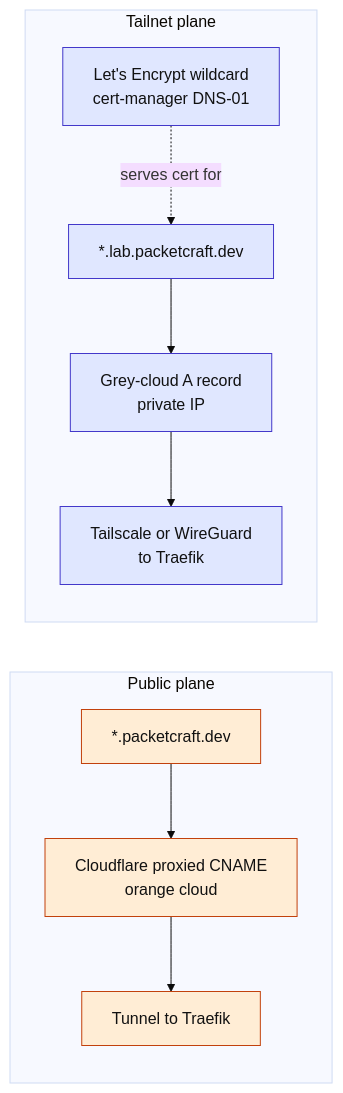
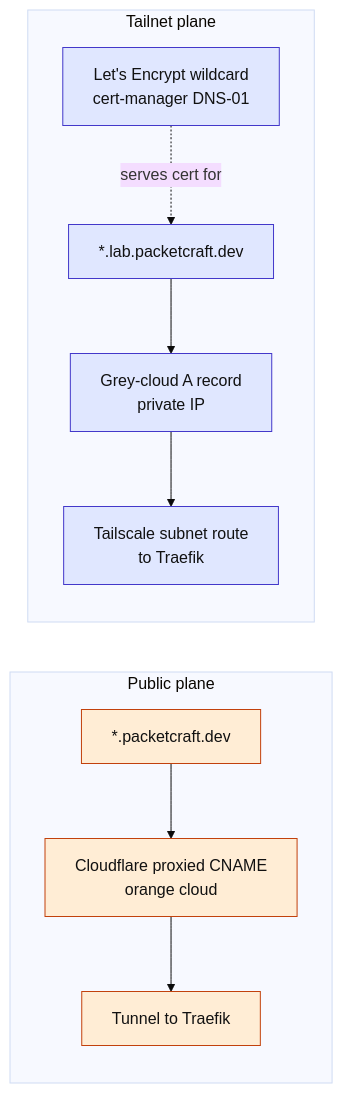
The fifth of 5 diagrams in docs/system-architecture/home-cluster.md (home-compute-cluster/docs), drawn with Mermaid (base theme) before and after one commit. The commit also changed other lines of this file and 5 other files, not shown here.

````diff
--- a/docs/system-architecture/home-cluster.md
+++ b/docs/system-architecture/home-cluster.md
@@ -267,23 +277,23 @@
 ```mermaid
 flowchart LR
     subgraph pub["Public plane"]
         p1["*.packetcraft.dev"]
         p2["Cloudflare proxied CNAME<br/>orange cloud"]
         p3["Tunnel to Traefik"]
         p1 --> p2 --> p3
     end
 
     subgraph priv["Tailnet plane"]
         t1["*.lab.packetcraft.dev"]
         t2["Grey-cloud A record<br/>private IP"]
-        t3["Tailscale or WireGuard<br/>to Traefik"]
+        t3["Tailscale subnet route<br/>to Traefik"]
         t4["Let's Encrypt wildcard<br/>cert-manager DNS-01"]
         t1 --> t2 --> t3
         t4 -.->|"serves cert for"| t1
     end
 
     classDef pubc fill:#ffedd5,stroke:#c2410c,color:#111
     classDef privc fill:#e0e7ff,stroke:#4338ca,color:#111
     class p1,p2,p3 pubc
     class t1,t2,t3,t4 privc
 ```
````
